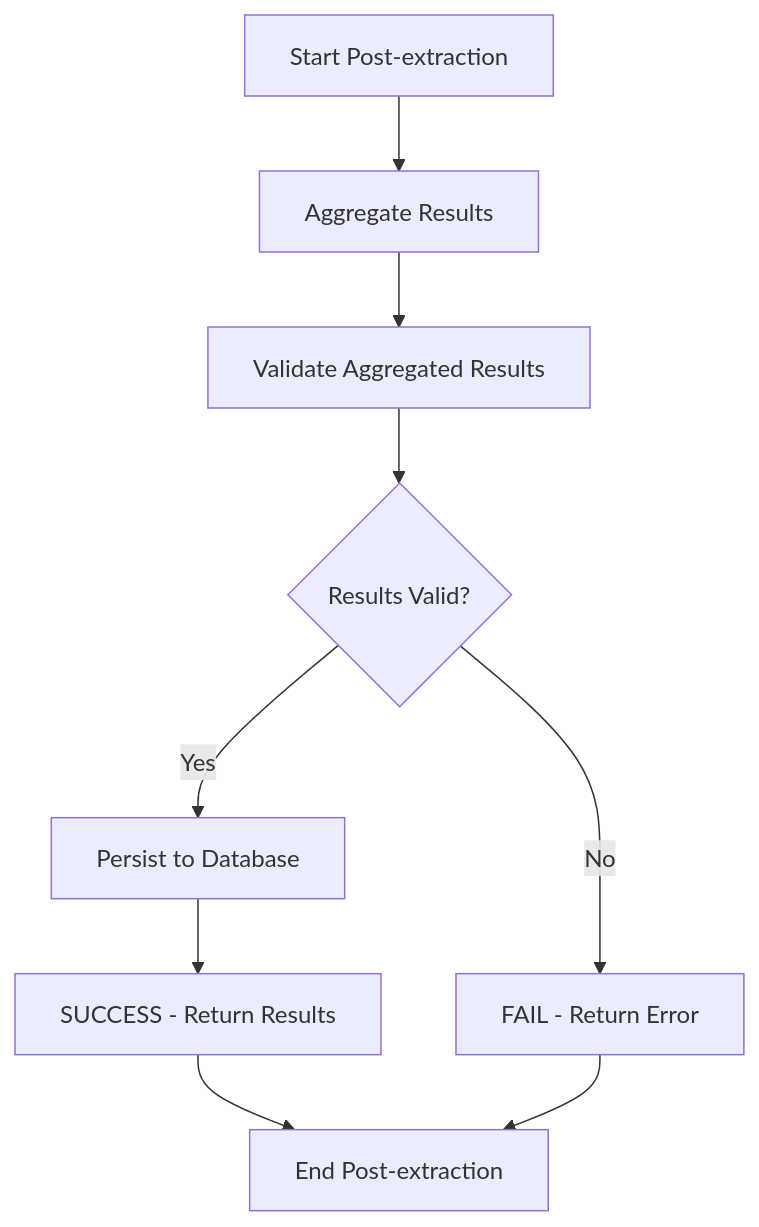
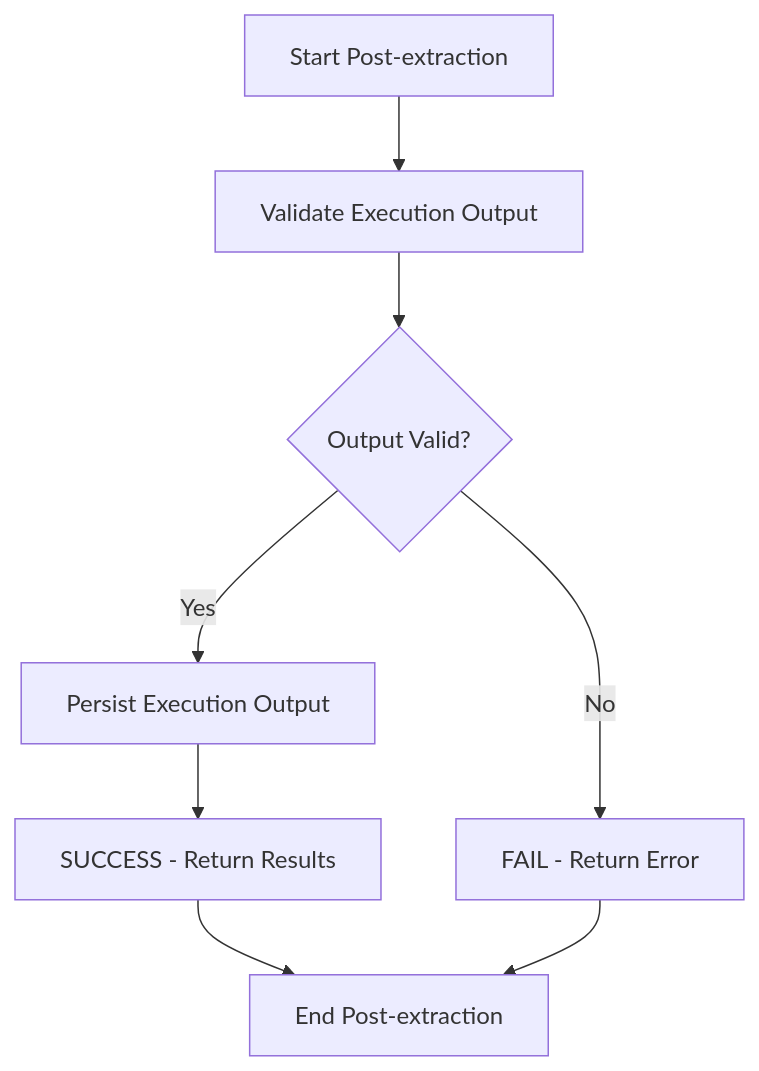
The third of 4 diagrams in docs/processing_engine/processor_execution_logic_v5.md (joowd-k9/clear-api-test), drawn with Mermaid before and after one commit. The commit also changed other lines of this file and 12 other files, not shown here.

````diff
--- a/docs/processing_engine/processor_execution_logic_v5.md
+++ b/docs/processing_engine/processor_execution_logic_v5.md
@@ -214,12 +467,11 @@
 ```mermaid
 graph TD
-    S0[Start Post-extraction] --> S1[Aggregate Results]
-    S1 --> S2[Validate Aggregated Results]
-    S2 --> S3{Results Valid?}
-    S3 -->|Yes| S4[Persist to Database]
-    S3 -->|No| S6[FAIL - Return Error]
-    S4 --> S5[SUCCESS - Return Results]
-    S5 --> S7[End Post-extraction]
-    S6 --> S7
+    S0["Start Post-extraction"] --> S1["Validate Execution Output"]
+    S1 --> S2{"Output Valid?"}
+    S2 -->|Yes| S3["Persist Execution Output"]
+    S2 -->|No| S4["FAIL - Return Error"]
+    S3 --> S5["SUCCESS - Return Results"]
+    S5 --> S6["End Post-extraction"]
+    S4 --> S6
 
 ```
````
